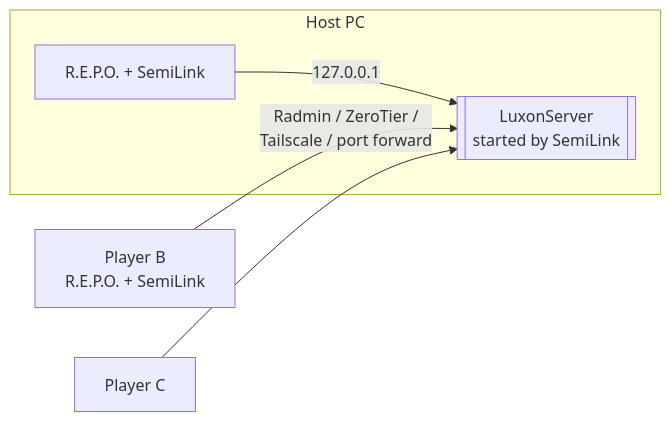
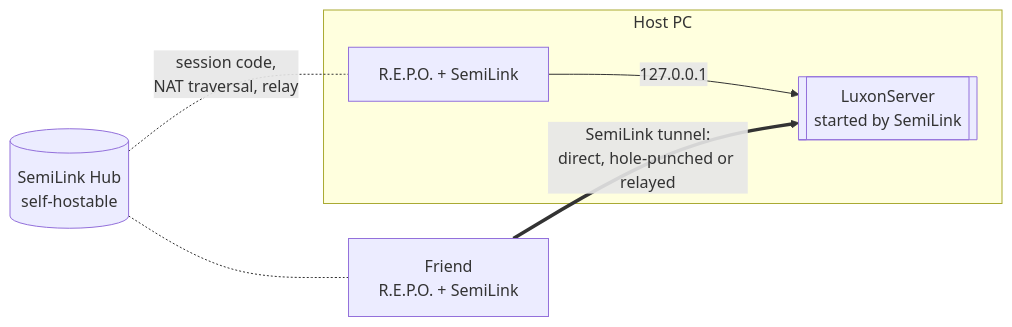
One commit to haulnet/haulnet-repo changed the second of 4 diagrams in docs/architecture.md. Above: the diagram before and after it, drawn with Mermaid. The commit also changed other lines of this file and 11 other files, not shown here.

````diff
--- a/docs/architecture.md
+++ b/docs/architecture.md
@@ -18,10 +18,11 @@
 ```mermaid
 flowchart LR
     subgraph host[Host PC]
         GA[R.E.P.O. + SemiLink]
         S[[LuxonServer<br/>started by SemiLink]]
         GA -- 127.0.0.1 --> S
     end
-    GB[Player B<br/>R.E.P.O. + SemiLink] -- Radmin / ZeroTier /<br/>Tailscale / port forward --> S
-    GC[Player C] --> S
+    GB[Friend<br/>R.E.P.O. + SemiLink] == "SemiLink tunnel:<br/>direct, hole-punched or relayed" ==> S
+    HUB[(SemiLink Hub<br/>self-hostable)] -. session code,<br/>NAT traversal, relay .- GA
+    HUB -.- GB
 ```
````
